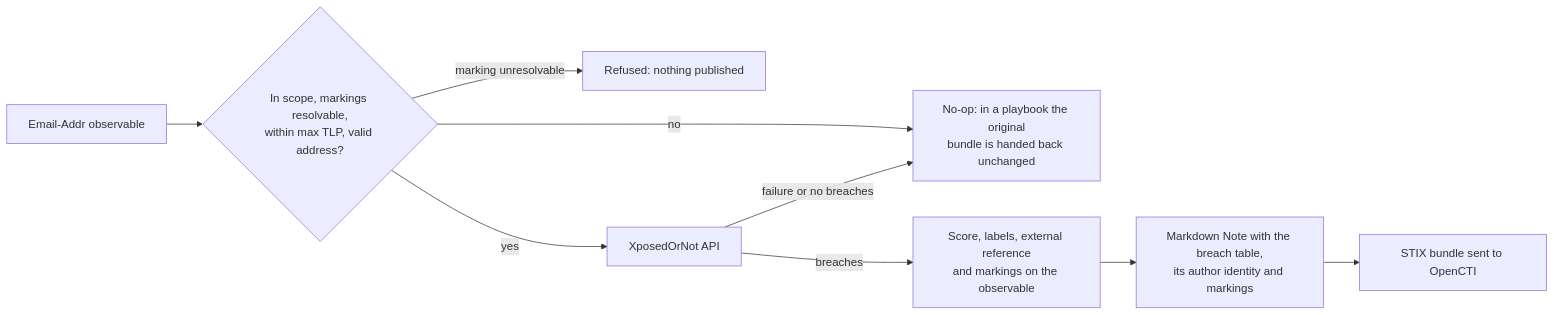
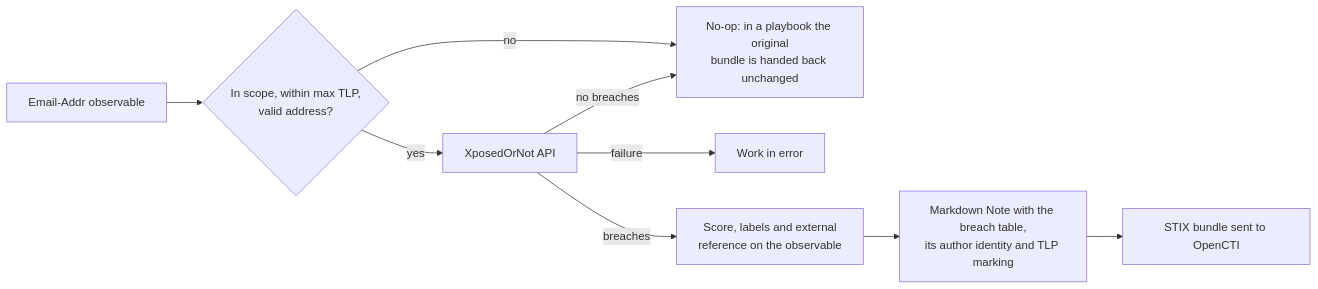
The diagram in internal-enrichment/xposedornot/README.md (OpenCTI-Platform/connectors), drawn with Mermaid before and after one commit. The commit also changed other lines of this file and 20 other files, not shown here.

````diff
--- a/internal-enrichment/xposedornot/README.md
+++ b/internal-enrichment/xposedornot/README.md
@@ -110,11 +114,11 @@
 ```mermaid
 graph LR
-    A[Email-Addr observable] --> B{In scope, markings resolvable,<br/>within max TLP, valid address?}
-    B -- marking unresolvable --> X[Refused: nothing published]
+    A[Email-Addr observable] --> B{In scope, within max TLP,<br/>valid address?}
     B -- no --> C[No-op: in a playbook the original<br/>bundle is handed back unchanged]
     B -- yes --> D[XposedOrNot API]
-    D -- failure or no breaches --> C
-    D -- breaches --> E[Score, labels, external reference<br/>and markings on the observable]
-    E --> F[Markdown Note with the breach table,<br/>its author identity and markings]
+    D -- no breaches --> C
+    D -- failure --> X[Work in error]
+    D -- breaches --> E[Score, labels and external<br/>reference on the observable]
+    E --> F[Markdown Note with the breach table,<br/>its author identity and TLP marking]
     F --> G[STIX bundle sent to OpenCTI]
 ```
````
